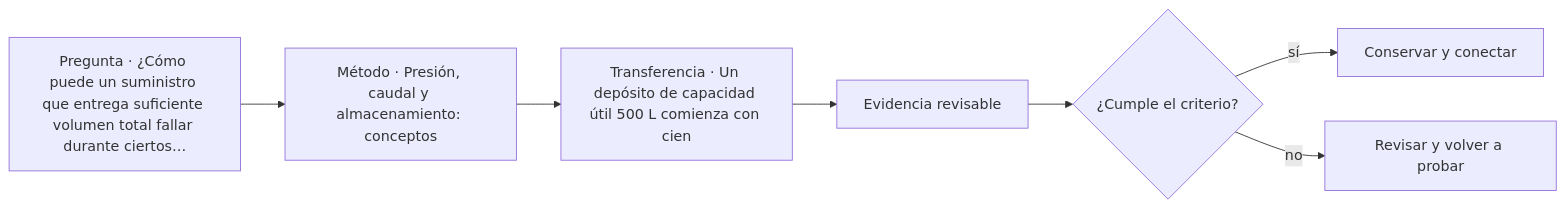
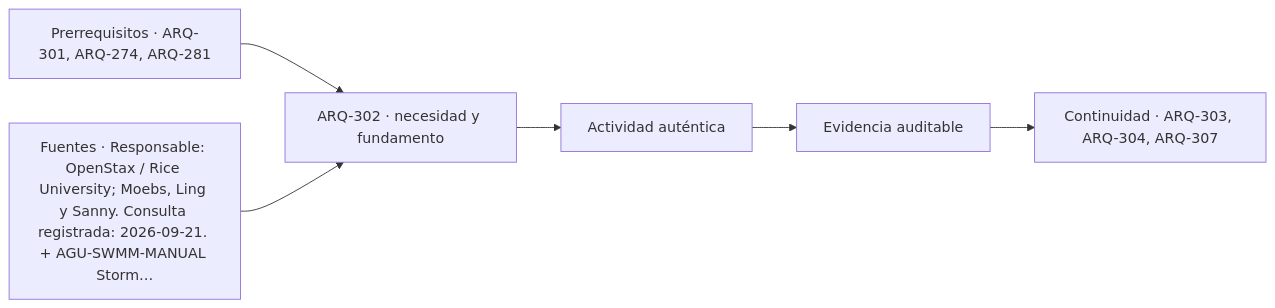
The diagram in classes/parte-31/ARQ-302.md (vladimiracunadev-create/architecture-built-environment-learning-program), drawn with Mermaid before and after one commit. The commit also changed other lines of this file and 761 other files, not shown here.

````diff
--- a/classes/parte-31/ARQ-302.md
+++ b/classes/parte-31/ARQ-302.md
@@ -103,9 +115,8 @@
 ```mermaid
 flowchart LR
-    Q["Pregunta · ¿Cómo puede un suministro que entrega suficiente volumen total fallar durante ciertos…"] --> M["Método · Presión, caudal y almacenamiento: conceptos"]
-    M --> P["Transferencia · Un depósito de capacidad útil 500 L comienza con cien"]
-    P --> E["Evidencia revisable"]
-    E --> C{"¿Cumple el criterio?"}
-    C -->|sí| T["Conservar y conectar"]
-    C -->|no| R["Revisar y volver a probar"]
+    A["Prerrequisitos · ARQ-301, ARQ-274, ARQ-281"] --> B["ARQ-302 · necesidad y fundamento"]
+    S["Fuentes · Responsable: OpenStax / Rice University; Moebs, Ling y Sanny. Consulta registrada: 2026-09-21. + AGU-SWMM-MANUAL Storm…"] --> B
+    B --> C["Actividad auténtica"]
+    C --> D["Evidencia auditable"]
+    D --> E["Continuidad · ARQ-303, ARQ-304, ARQ-307"]
 ```
````
